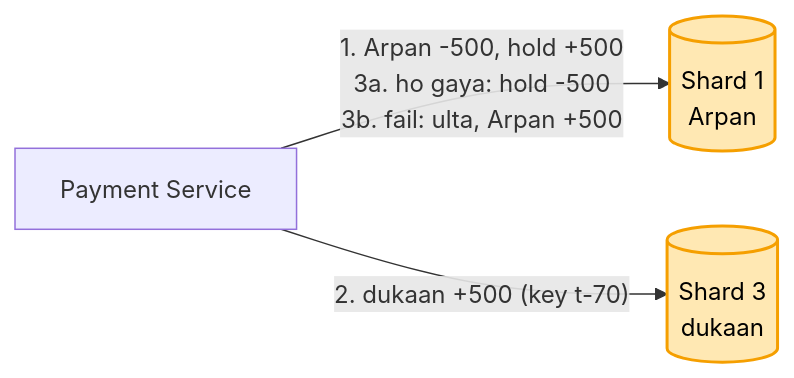
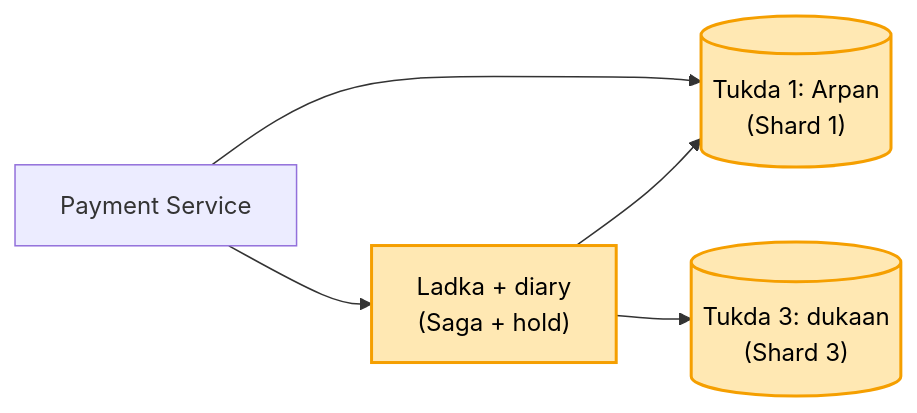
One commit to ArpanMaheshwari144/Prep changed the fourth of 4 diagrams in 04_HLD/SYSTEM_DESIGNS/06_payment_system/06_payment_system.md. Above: the diagram before and after it, drawn with Mermaid. The commit also changed other lines of this file and 13 other files, not shown here.

````diff
--- a/04_HLD/SYSTEM_DESIGNS/06_payment_system/06_payment_system.md
+++ b/04_HLD/SYSTEM_DESIGNS/06_payment_system/06_payment_system.md
@@ -341,7 +136,10 @@
 ```mermaid
 flowchart LR
-    S["Payment Service"] -- "1. Arpan -500, hold +500<br/>3a. ho gaya: hold -500<br/>3b. fail: ulta, Arpan +500" --> S1[("Shard 1<br/>Arpan")]
-    S -- "2. dukaan +500 (key t-70)" --> S3[("Shard 3<br/>dukaan")]
-    style S1 fill:#ffe8b3,stroke:#f59f00,stroke-width:2px,color:#000
-    style S3 fill:#ffe8b3,stroke:#f59f00,stroke-width:2px,color:#000
+    S["Payment Service"] --> T1[("Tukda 1: Arpan<br/>(Shard 1)")]
+    S --> L["Ladka + diary<br/>(Saga + hold)"]
+    L --> T3[("Tukda 3: dukaan<br/>(Shard 3)")]
+    L --> T1
+    style T1 fill:#ffe8b3,stroke:#f59f00,stroke-width:2px,color:#000
+    style T3 fill:#ffe8b3,stroke:#f59f00,stroke-width:2px,color:#000
+    style L fill:#ffe8b3,stroke:#f59f00,stroke-width:2px,color:#000
 ```
````
